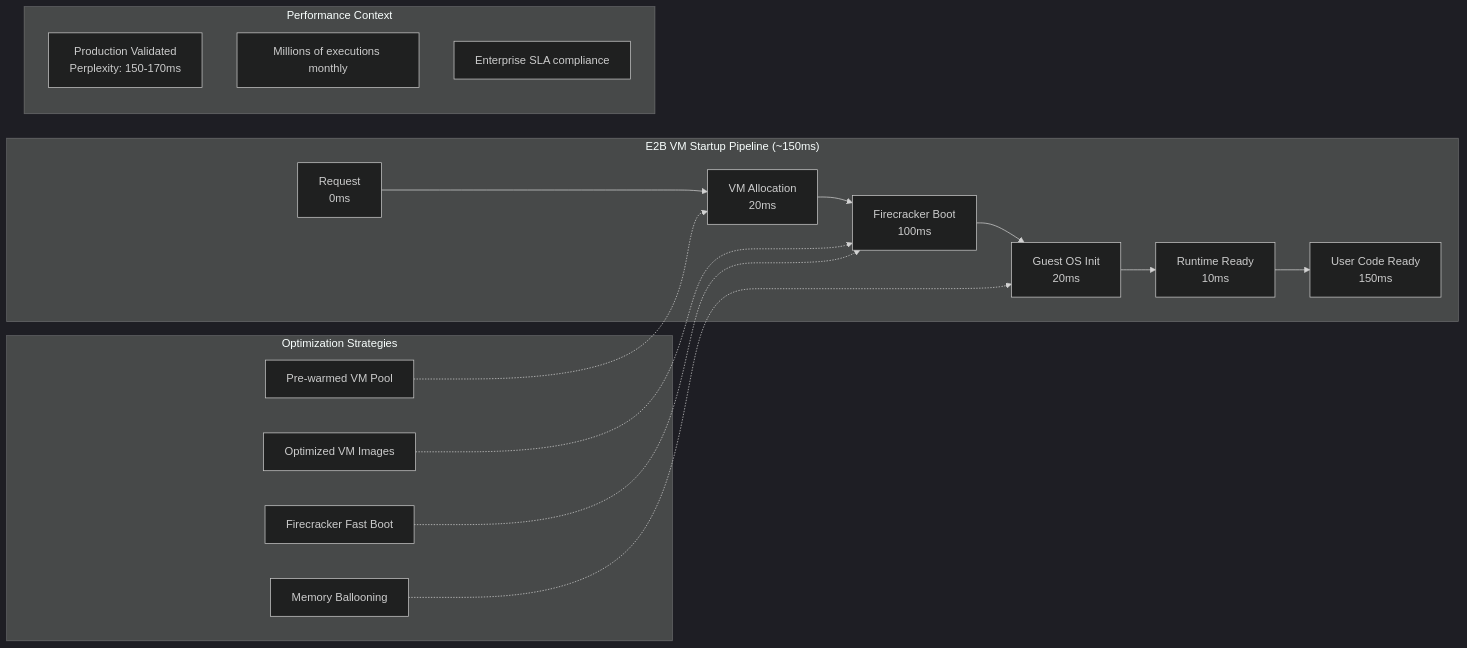
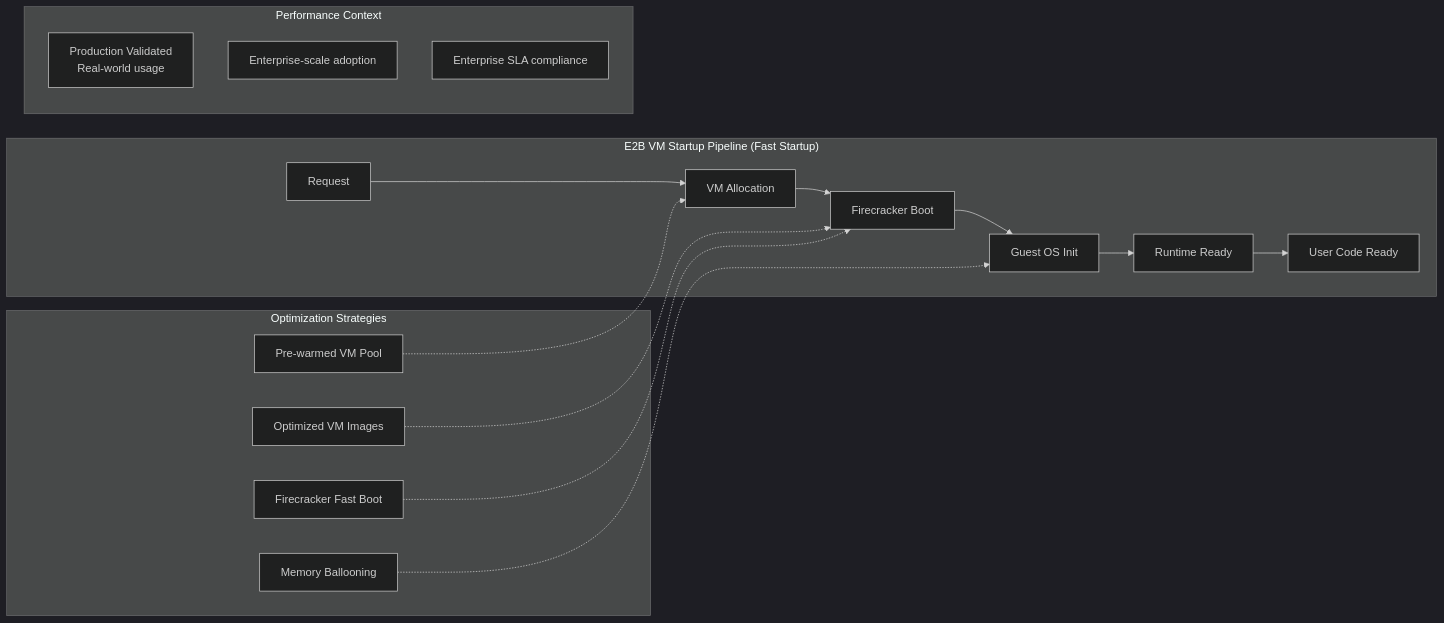
Before and after one commit to dwarvesf/research: the fifth of 9 diagrams in breakdown/e2b.md, drawn with Mermaid (dark theme). The commit also changed other lines of this file, not shown here.

````diff
--- a/breakdown/e2b.md
+++ b/breakdown/e2b.md
@@ -365,28 +356,28 @@
 ```mermaid
 graph LR
-    subgraph "E2B VM Startup Pipeline (~150ms)"
-        T0[Request<br/>0ms] --> T1[VM Allocation<br/>20ms]
-        T1 --> T2[Firecracker Boot<br/>100ms]
-        T2 --> T3[Guest OS Init<br/>20ms]
-        T3 --> T4[Runtime Ready<br/>10ms]
-        T4 --> T5[User Code Ready<br/>150ms]
+    subgraph "E2B VM Startup Pipeline (Fast Startup)"
+        T0[Request] --> T1[VM Allocation]
+        T1 --> T2[Firecracker Boot]
+        T2 --> T3[Guest OS Init]
+        T3 --> T4[Runtime Ready]
+        T4 --> T5[User Code Ready]
     end
 
     subgraph "Optimization Strategies"
         PreWarm[Pre-warmed VM Pool]
         OptImg[Optimized VM Images]
         FastBoot[Firecracker Fast Boot]
         MemBalloon[Memory Ballooning]
 
         PreWarm -.-> T1
         OptImg -.-> T2
         FastBoot -.-> T2
         MemBalloon -.-> T3
     end
 
     subgraph "Performance Context"
-        Production[Production Validated<br/>Perplexity: 150-170ms]
-        Scale[Millions of executions monthly]
+        Production[Production Validated<br/>Real-world usage]
+        Scale[Enterprise-scale adoption]
         Enterprise[Enterprise SLA compliance]
     end
 ```
````
